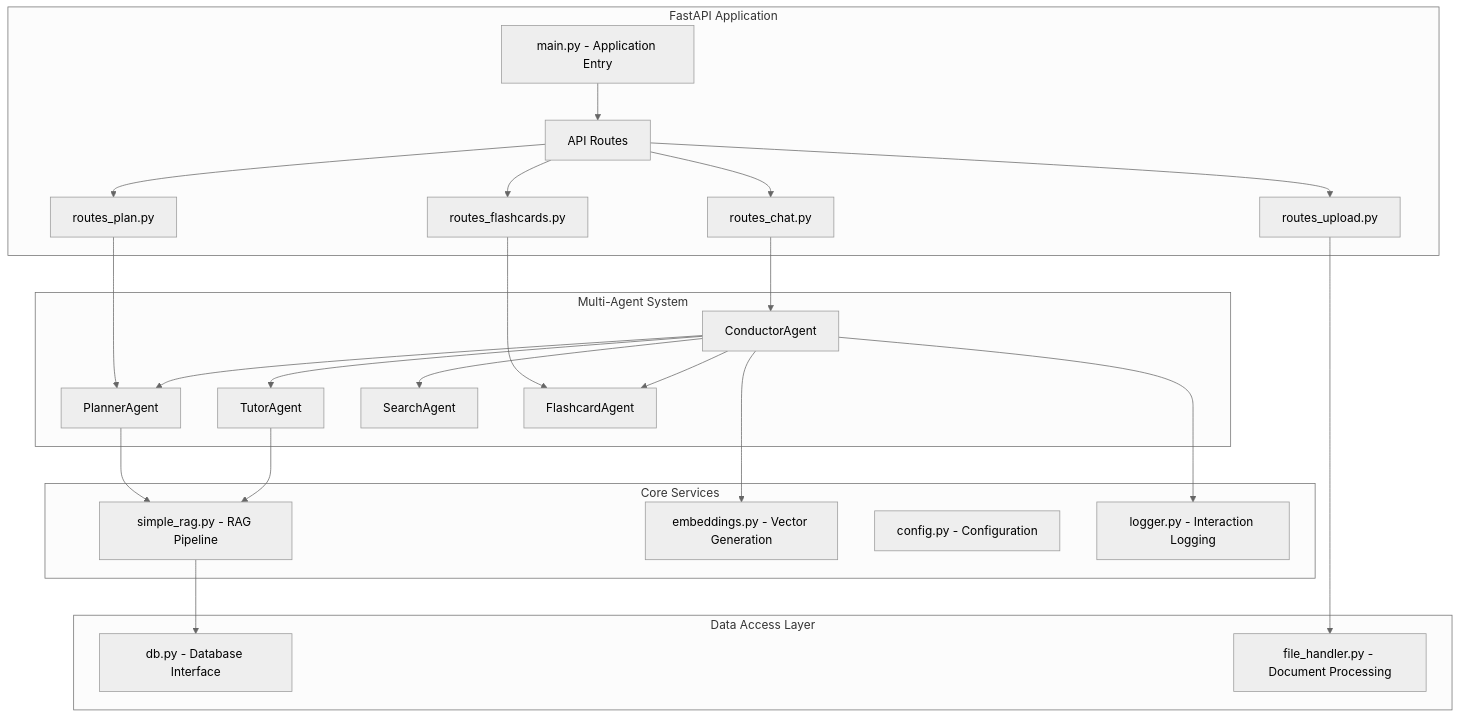
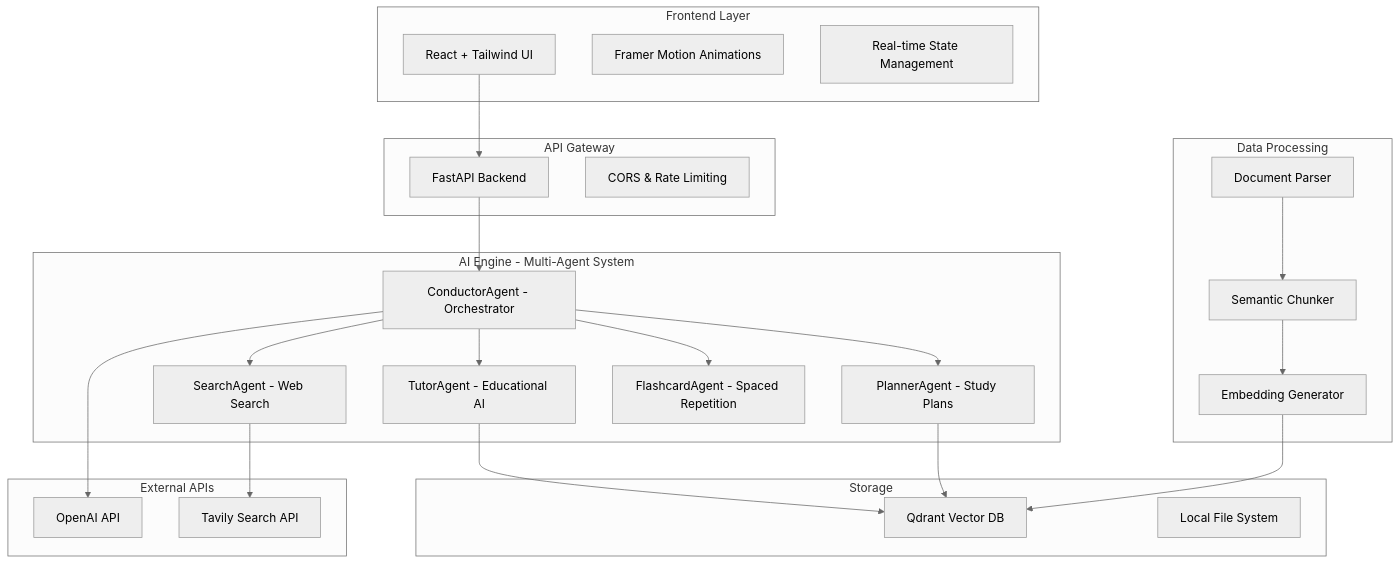
The second of 2 diagrams in Readme.md (Rahul5977/StudyBot), drawn with Mermaid (neutral theme) before and after one commit. The commit also changed other lines of this file and 7 other files, not shown here.

````diff
--- a/Readme.md
+++ b/Readme.md
@@ -109,46 +167,45 @@
 ```mermaid
 graph TB
-    subgraph "FastAPI Application"
-        A[main.py - Application Entry]
-        A --> B[API Routes]
-        B --> C[routes_chat.py]
-        B --> D[routes_upload.py]
-        B --> E[routes_plan.py]
-        B --> F[routes_flashcards.py]
+    subgraph "Frontend Layer"
+        A[React + Tailwind UI]
+        B[Framer Motion Animations]
+        C[Real-time State Management]
     end
 
-    subgraph "Multi-Agent System"
-        G[ConductorAgent]
-        H[TutorAgent]
-        I[PlannerAgent]
-        J[SearchAgent]
-        K[FlashcardAgent]
-        G --> H
-        G --> I
-        G --> J
-        G --> K
+    subgraph "API Gateway"
+        D[FastAPI Backend]
+        E[CORS & Rate Limiting]
     end
 
-    subgraph "Core Services"
-        L[simple_rag.py - RAG Pipeline]
-        M[embeddings.py - Vector Generation]
-        N[config.py - Configuration]
-        O[logger.py - Interaction Logging]
+    subgraph "AI Engine - Multi-Agent System"
+        F[ConductorAgent - Orchestrator]
+        F --> G[TutorAgent - Educational AI]
+        F --> H[PlannerAgent - Study Plans]
+        F --> I[SearchAgent - Web Search]
+        F --> J[FlashcardAgent - Spaced Repetition]
     end
 
-    subgraph "Data Access Layer"
-        P[db.py - Database Interface]
-        Q[file_handler.py - Document Processing]
+    subgraph "Data Processing"
+        K[Document Parser]
+        L[Semantic Chunker]
+        M[Embedding Generator]
     end
 
-    C --> G
-    D --> Q
-    E --> I
-    F --> K
+    subgraph "Storage"
+        N[Qdrant Vector DB]
+        O[Local File System]
+    end
 
-    H --> L
-    I --> L
-    G --> M
-    G --> O
-    L --> P
+    subgraph "External APIs"
+        P[OpenAI API]
+        Q[Tavily Search API]
+    end
+
+    A --> D
+    D --> F
+    F --> P
+    I --> Q
+    G --> N
+    H --> N
+    K --> L --> M --> N
 ```
````
